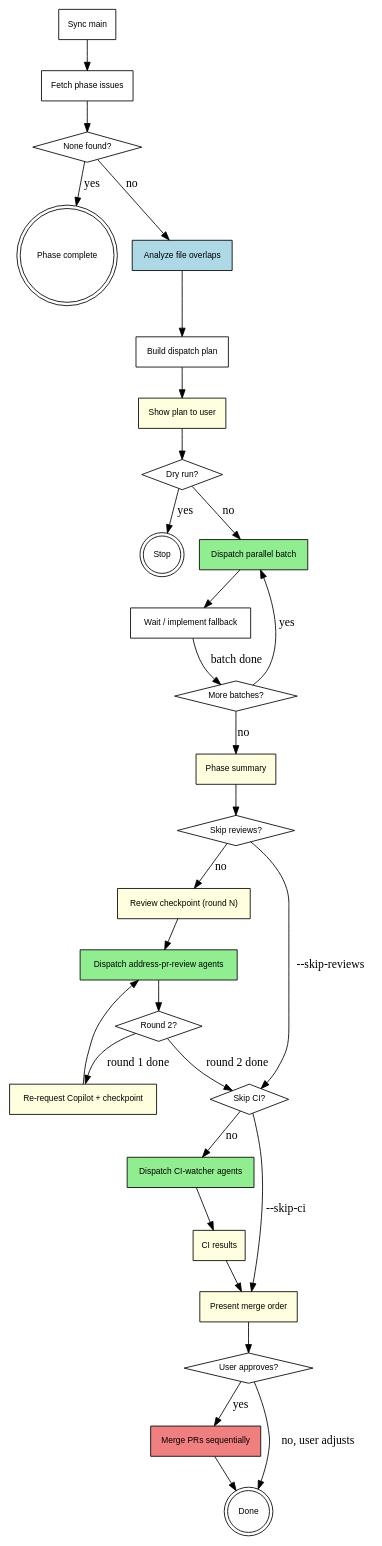
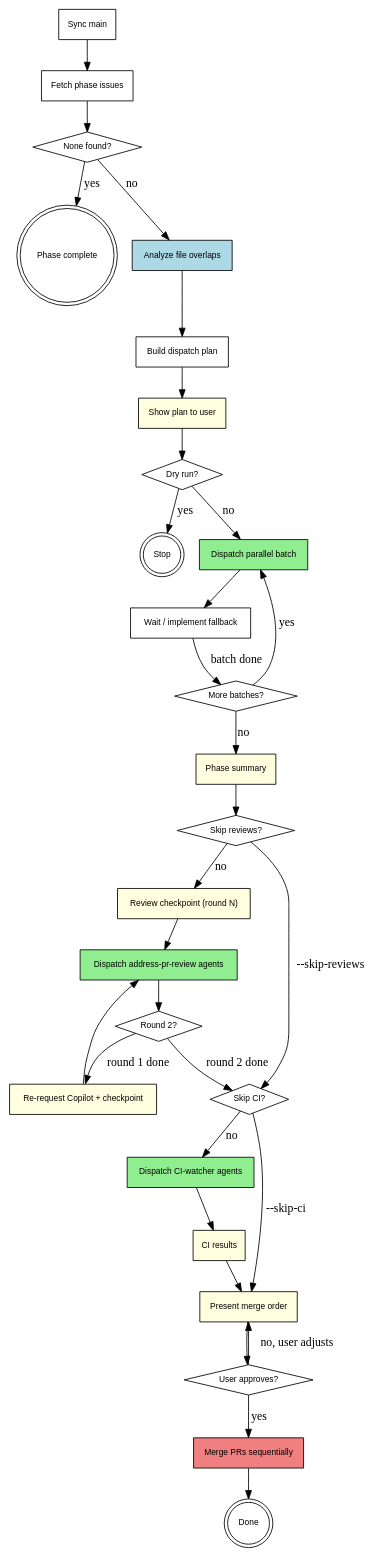
One commit to jacorbello/cortech-infra changed the diagram in docs/superpowers/plans/2026-03-19-epic-worker-manager-post-pr-lifecycle.md. Above: the diagram before and after it, drawn with Graphviz. The commit also changed other lines of this file and 2 other files, not shown here.

Commit message:
fix: address PR #6 review feedback — update docs and specs to match implementation
- Fix chart name to secrets-operator from Cloudsmith (not infisical-helm-charts)
- Fix targetRevision from "*" to "0.*" in ArgoCD snippet
- Update InfisicalSecret YAML to match actual manifest (syncConfig.resyncInterval,
  projectId, no autoReload)
- Replace concrete clientId UUIDs with <client-id> placeholders
- Fix workflow diagram: "User approves? -> no" loops back to "Present merge order"
- Simplify jq filter in PR discovery command

````diff
--- a/docs/superpowers/plans/2026-03-19-epic-worker-manager-post-pr-lifecycle.md
+++ b/docs/superpowers/plans/2026-03-19-epic-worker-manager-post-pr-lifecycle.md
@@ -79,62 +79,62 @@
 ```dot
 digraph manager {
     rankdir=TB;
     node [fontname="Helvetica" fontsize=10];
 
     "Sync main" [shape=box];
     "Fetch phase issues" [shape=box];
     "None found?" [shape=diamond];
     "Phase complete" [shape=doublecircle];
     "Analyze file overlaps" [shape=box style=filled fillcolor=lightblue];
     "Build dispatch plan" [shape=box];
     "Show plan to user" [shape=box style=filled fillcolor=lightyellow];
     "Dry run?" [shape=diamond];
     "Stop" [shape=doublecircle];
     "Dispatch parallel batch" [shape=box style=filled fillcolor=lightgreen];
     "Wait / implement fallback" [shape=box];
     "More batches?" [shape=diamond];
     "Phase summary" [shape=box style=filled fillcolor=lightyellow];
     "Skip reviews?" [shape=diamond];
     "Review checkpoint (round N)" [shape=box style=filled fillcolor=lightyellow];
     "Dispatch address-pr-review agents" [shape=box style=filled fillcolor=lightgreen];
     "Round 2?" [shape=diamond];
     "Re-request Copilot + checkpoint" [shape=box style=filled fillcolor=lightyellow];
     "Skip CI?" [shape=diamond];
     "Dispatch CI-watcher agents" [shape=box style=filled fillcolor=lightgreen];
     "CI results" [shape=box style=filled fillcolor=lightyellow];
     "Present merge order" [shape=box style=filled fillcolor=lightyellow];
     "User approves?" [shape=diamond];
     "Merge PRs sequentially" [shape=box style=filled fillcolor=lightcoral];
     "Done" [shape=doublecircle];
 
     "Sync main" -> "Fetch phase issues";
     "Fetch phase issues" -> "None found?";
     "None found?" -> "Phase complete" [label="yes"];
     "None found?" -> "Analyze file overlaps" [label="no"];
     "Analyze file overlaps" -> "Build dispatch plan";
     "Build dispatch plan" -> "Show plan to user";
     "Show plan to user" -> "Dry run?";
     "Dry run?" -> "Stop" [label="yes"];
     "Dry run?" -> "Dispatch parallel batch" [label="no"];
     "Dispatch parallel batch" -> "Wait / implement fallback";
     "Wait / implement fallback" -> "More batches?" [label="batch done"];
     "More batches?" -> "Dispatch parallel batch" [label="yes"];
     "More batches?" -> "Phase summary" [label="no"];
     "Phase summary" -> "Skip reviews?";
     "Skip reviews?" -> "Skip CI?" [label="--skip-reviews"];
     "Skip reviews?" -> "Review checkpoint (round N)" [label="no"];
     "Review checkpoint (round N)" -> "Dispatch address-pr-review agents";
     "Dispatch address-pr-review agents" -> "Round 2?";
     "Round 2?" -> "Re-request Copilot + checkpoint" [label="round 1 done"];
     "Re-request Copilot + checkpoint" -> "Dispatch address-pr-review agents";
     "Round 2?" -> "Skip CI?" [label="round 2 done"];
     "Skip CI?" -> "Present merge order" [label="--skip-ci"];
     "Skip CI?" -> "Dispatch CI-watcher agents" [label="no"];
     "Dispatch CI-watcher agents" -> "CI results";
     "CI results" -> "Present merge order";
     "Present merge order" -> "User approves?";
-    "User approves?" -> "Done" [label="no, user adjusts"];
+    "User approves?" -> "Present merge order" [label="no, user adjusts"];
     "User approves?" -> "Merge PRs sequentially" [label="yes"];
     "Merge PRs sequentially" -> "Done";
 }
 ```
````
